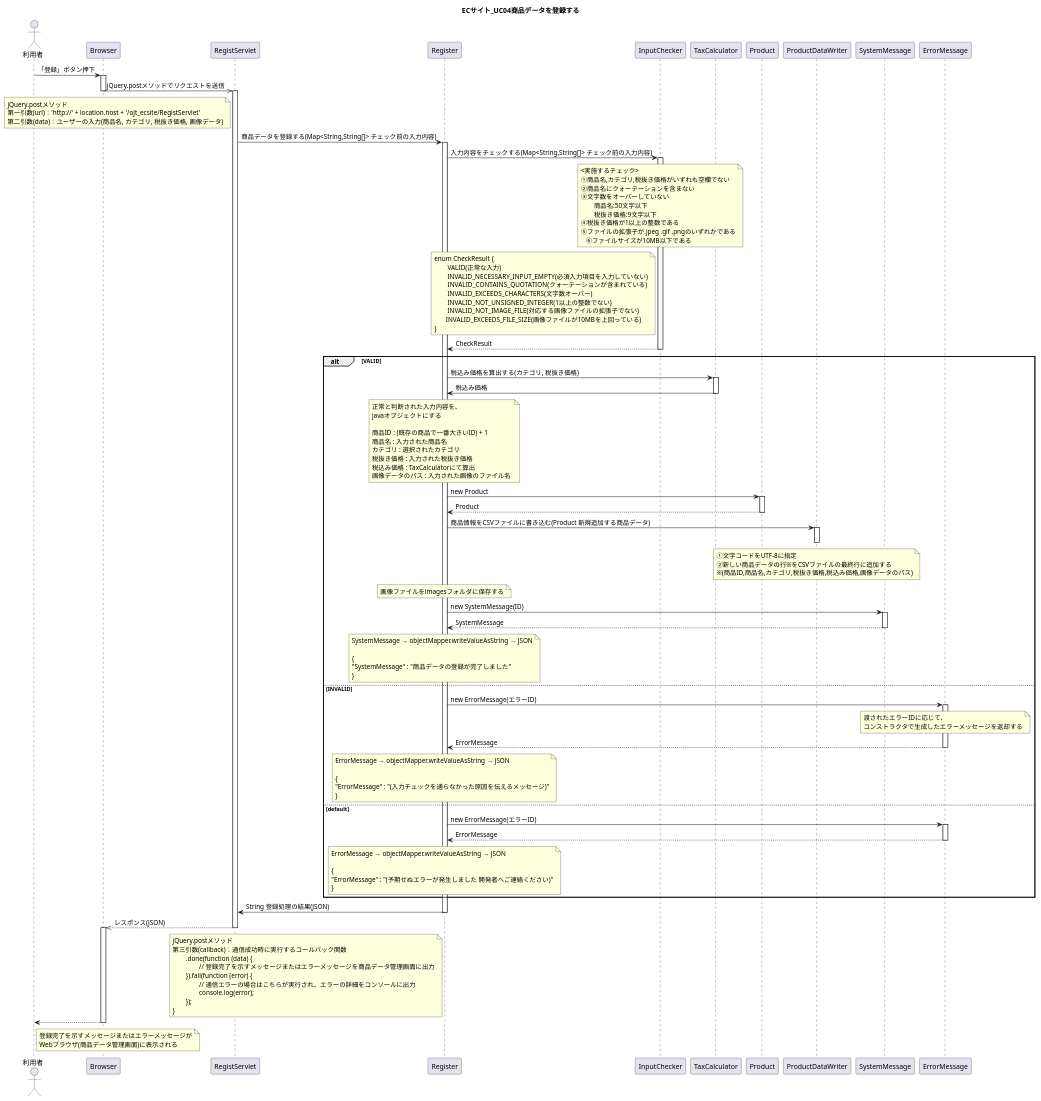
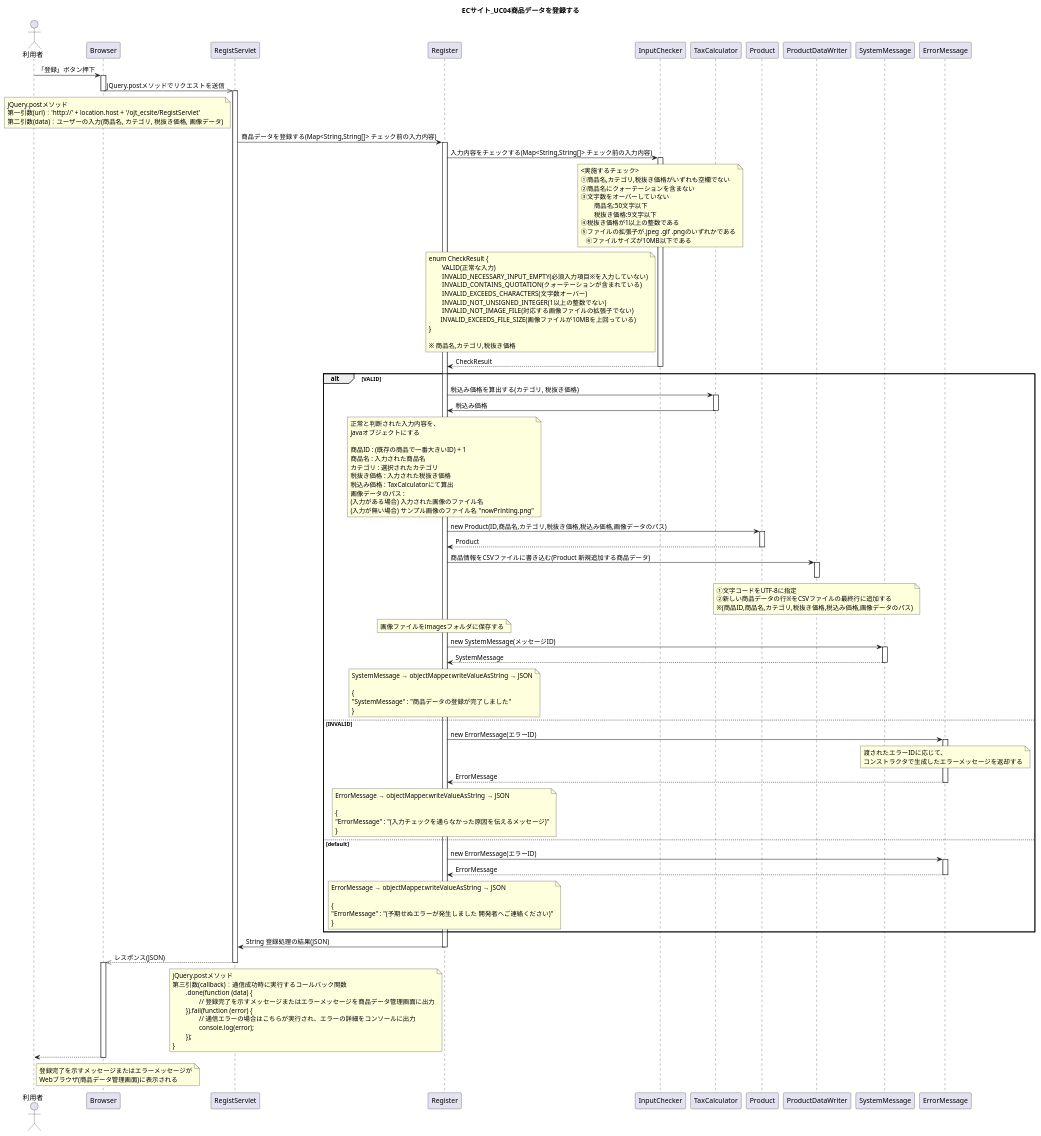
The diagram in UML/Sequence04.puml (wnakayama/ojt_ecsite), drawn with PlantUML before and after one commit. The commit also changed 3 other files, not shown here.

```diff
--- a/UML/Sequence04.puml
+++ b/UML/Sequence04.puml
@@ -1,168 +1,172 @@
 @startuml
 title ECサイト_UC04商品データを登録する
 
 actor 利用者
 
 利用者 -> Browser : 「登録」ボタン押下
 activate Browser
 
 Browser ->> RegistServlet : jQuery.postメソッドでリクエストを送信
 deactivate Browser
 activate RegistServlet
 
 	note left of RegistServlet
 	jQuery.postメソッド
 	第一引数(url)：'http://' + location.host + '/ojt_ecsite/RegistServlet'
 	第二引数(data)：ユーザーの入力(商品名, カテゴリ, 税抜き価格, 画像データ)
 	end note
 
 RegistServlet -> Register : 商品データを登録する(Map<String,String[]> チェック前の入力内容)
 activate Register
 
 Register -> InputChecker : 入力内容をチェックする(Map<String,String[]> チェック前の入力内容)
 activate InputChecker
 
 	note over InputChecker
 	<実施するチェック>
 	①商品名,カテゴリ,税抜き価格がいずれも空欄でない
 	②商品名にクォーテーションを含まない
 	③文字数をオーバーしていない
 		商品名:50文字以下
 		税抜き価格:9文字以下
 	④税抜き価格が1以上の整数である
 	⑤ファイルの拡張子が.jpeg .gif .pngのいずれかである
     ⑥ファイルサイズが10MB以下である
 	end note
 
 	note left of InputChecker 
 	enum CheckResult {
 		VALID(正常な入力)
-		INVALID_NECESSARY_INPUT_EMPTY(必須入力項目を入力していない)
+		INVALID_NECESSARY_INPUT_EMPTY(必須入力項目※を入力していない)
 		INVALID_CONTAINS_QUOTATION(クォーテーションが含まれている)
 		INVALID_EXCEEDS_CHARACTERS(文字数オーバー)
 		INVALID_NOT_UNSIGNED_INTEGER(1以上の整数でない)
 		INVALID_NOT_IMAGE_FILE(対応する画像ファイルの拡張子でない)
         INVALID_EXCEEDS_FILE_SIZE(画像ファイルが10MBを上回っている)
 	}
+
+	※ 商品名,カテゴリ,税抜き価格
 	end note
 
 Register <-- InputChecker : CheckResult
 deactivate InputChecker
 
 
 alt VALID
 
 Register -> TaxCalculator : 税込み価格を算出する(カテゴリ, 税抜き価格)
 activate TaxCalculator
 Register <- TaxCalculator : 税込み価格
 deactivate TaxCalculator
 
 	note over Register
 	正常と判断された入力内容を、
 	javaオブジェクトにする
 
 	商品ID : (既存の商品で一番大きいID) + 1
 	商品名 : 入力された商品名
 	カテゴリ : 選択されたカテゴリ
 	税抜き価格 : 入力された税抜き価格
 	税込み価格 : TaxCalculatorにて算出
-	画像データのパス : 入力された画像のファイル名 
+	画像データのパス : 
+	(入力がある場合) 入力された画像のファイル名
+	(入力が無い場合) サンプル画像のファイル名 "nowPrinting.png"
 	end note
 
-Register -> Product : new Product
+Register -> Product : new Product(ID,商品名,カテゴリ,税抜き価格,税込み価格,画像データのパス)
 activate Product
 Register <-- Product : Product
 deactivate Product
 
 Register -> ProductDataWriter : 商品情報をCSVファイルに書き込む(Product 新規追加する商品データ)
 activate ProductDataWriter
 	note over ProductDataWriter
 	①文字コードをUTF-8に指定
 	②新しい商品データの行※をCSVファイルの最終行に追加する
 	※(商品ID,商品名,カテゴリ,税抜き価格,税込み価格,画像データのパス)
 	end note
 deactivate ProductDataWriter
 
 	note over Register
 	画像ファイルをimagesフォルダに保存する
 	end note
 
-Register -> SystemMessage : new SystemMessage(ID)
+Register -> SystemMessage : new SystemMessage(メッセージID)
 activate SystemMessage
 Register <-- SystemMessage : SystemMessage
 deactivate SystemMessage
 
 	note over Register
 	SystemMessage → objectMapper.writeValueAsString → JSON
 
 	{
 	"SystemMessage" : "商品データの登録が完了しました"
 	}
 	end note
 
 else INVALID
 
 Register -> ErrorMessage : new ErrorMessage(エラーID)
 activate ErrorMessage
 
 	note over ErrorMessage
 	渡されたエラーIDに応じて、
 	コンストラクタで生成したエラーメッセージを返却する
 	end note
 
 Register <-- ErrorMessage : ErrorMessage
 deactivate ErrorMessage
 
 	note over Register
 	ErrorMessage → objectMapper.writeValueAsString → JSON
 
 	{
 	"ErrorMessage" : "(入力チェックを通らなかった原因を伝えるメッセージ)"
 	}
 	end note
 
 else default
 
 Register -> ErrorMessage : new ErrorMessage(エラーID)
 activate ErrorMessage
 Register <-- ErrorMessage : ErrorMessage
 deactivate ErrorMessage
 
 	note over Register
 	ErrorMessage → objectMapper.writeValueAsString → JSON
 
 	{
 	"ErrorMessage" : "(予期せぬエラーが発生しました 開発者へご連絡ください)"
 	}
 	end note
 
 end
 
 RegistServlet <- Register : String 登録処理の結果(JSON)
 deactivate Register
 Browser <<-- RegistServlet : レスポンス(JSON)
 deactivate RegistServlet
 activate Browser
 
 	note left of Register
 	jQuery.postメソッド
 	第三引数(callback)：通信成功時に実行するコールバック関数
 		.done(function (data) {
 			// 登録完了を示すメッセージまたはエラーメッセージを商品データ管理画面に出力
 		}).fail(function (error) {
 			// 通信エラーの場合はこちらが実行され、エラーの詳細をコンソールに出力
 			console.log(error);
 		});
 	}
 	end note
 
 
 利用者 <-- Browser
 	note right of 利用者
 	登録完了を示すメッセージまたはエラーメッセージが
 	Webブラウザ(商品データ管理画面)に表示される
 	end note
 
 deactivate Browser
 
 @enduml
```
